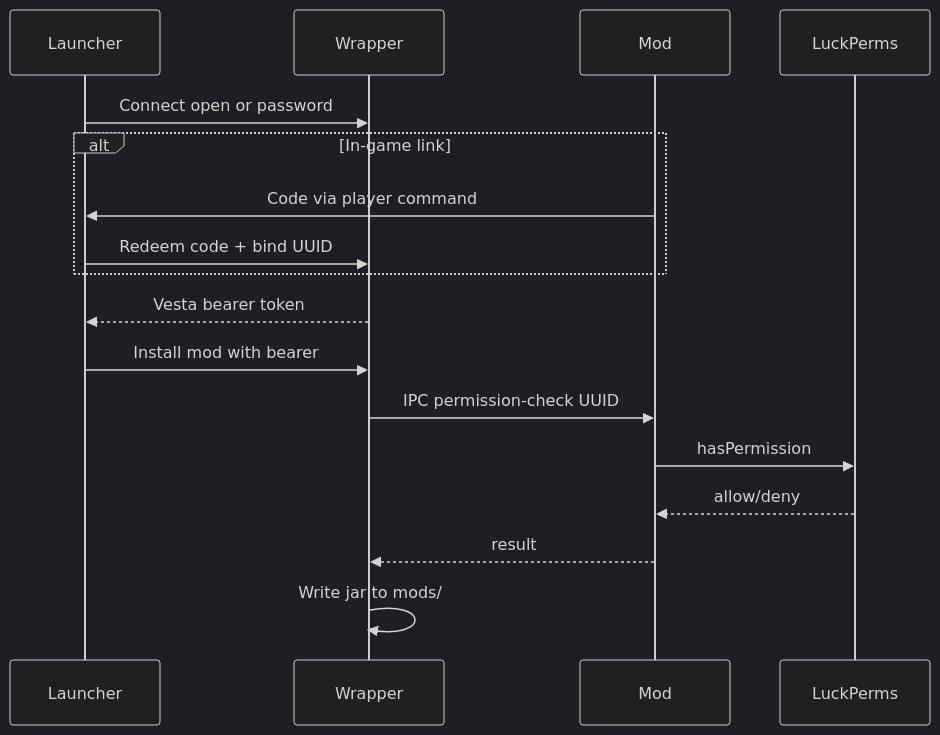
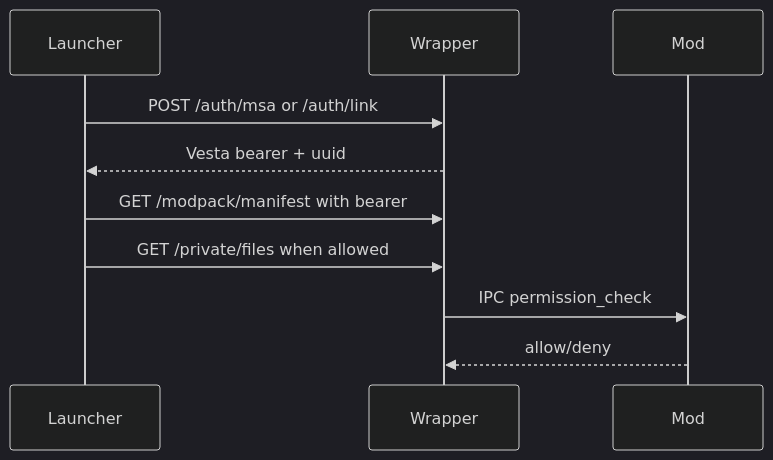
The third of 4 diagrams in docs/PRODUCT_ROADMAP.md (vesta-project/server), drawn with Mermaid (dark theme) before and after one commit. The commit also changed other lines of this file and 31 other files, not shown here.

First line of the commit message:
feat: known/private modpack split, capability auth, and MSA bootstrap

````diff
--- a/docs/PRODUCT_ROADMAP.md
+++ b/docs/PRODUCT_ROADMAP.md
@@ -127,19 +158,12 @@
 ```mermaid
 sequenceDiagram
   participant L as Launcher
   participant W as Wrapper
   participant M as Mod
-  participant P as LuckPerms
-  L->>W: Connect open or password
-  alt In-game link
-    M->>L: Code via player command
-    L->>W: Redeem code + bind UUID
-  end
-  W-->>L: Vesta bearer token
-  L->>W: Install mod with bearer
-  W->>M: IPC permission-check UUID
-  M->>P: hasPermission
-  P-->>M: allow/deny
-  M-->>W: result
-  W->>W: Write jar to mods/
+  L->>W: POST /auth/msa or /auth/link
+  W-->>L: Vesta bearer + uuid
+  L->>W: GET /modpack/manifest with bearer
+  L->>W: GET /private/files when allowed
+  W->>M: IPC permission_check
+  M-->>W: allow/deny
 ```
````
